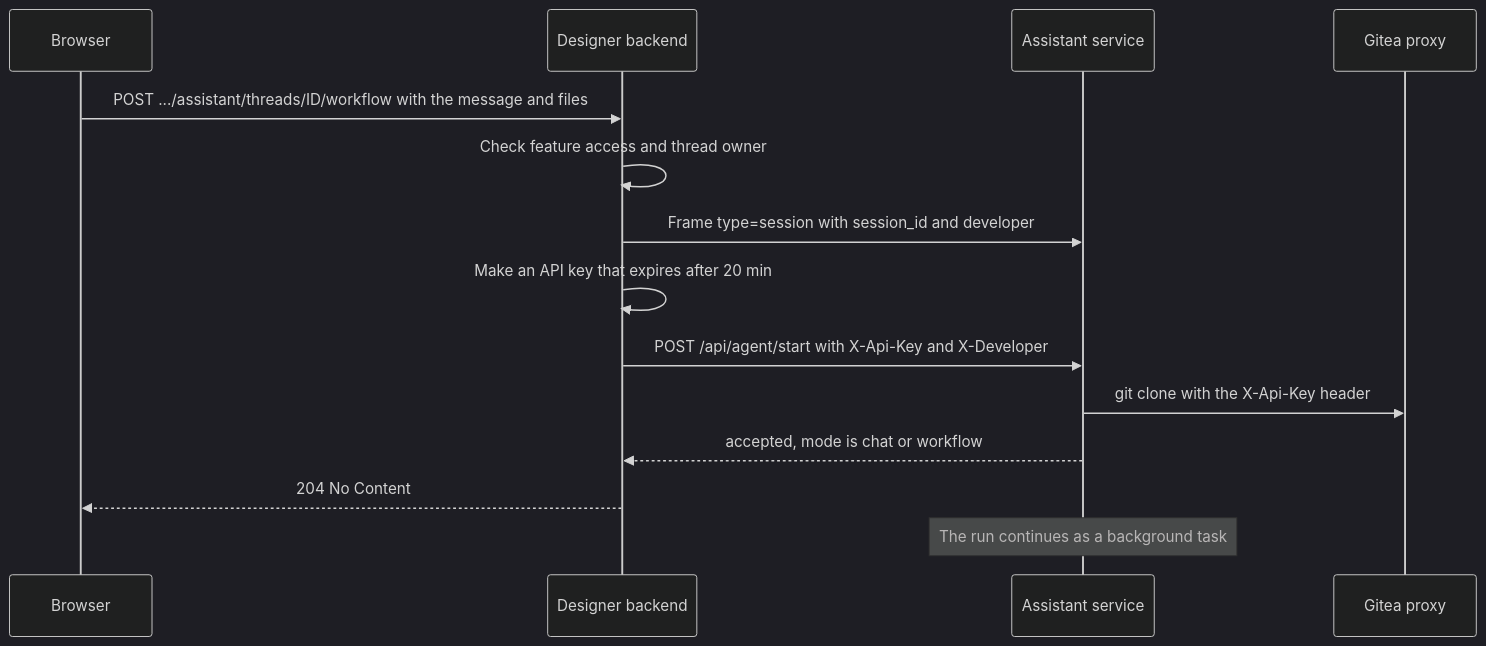
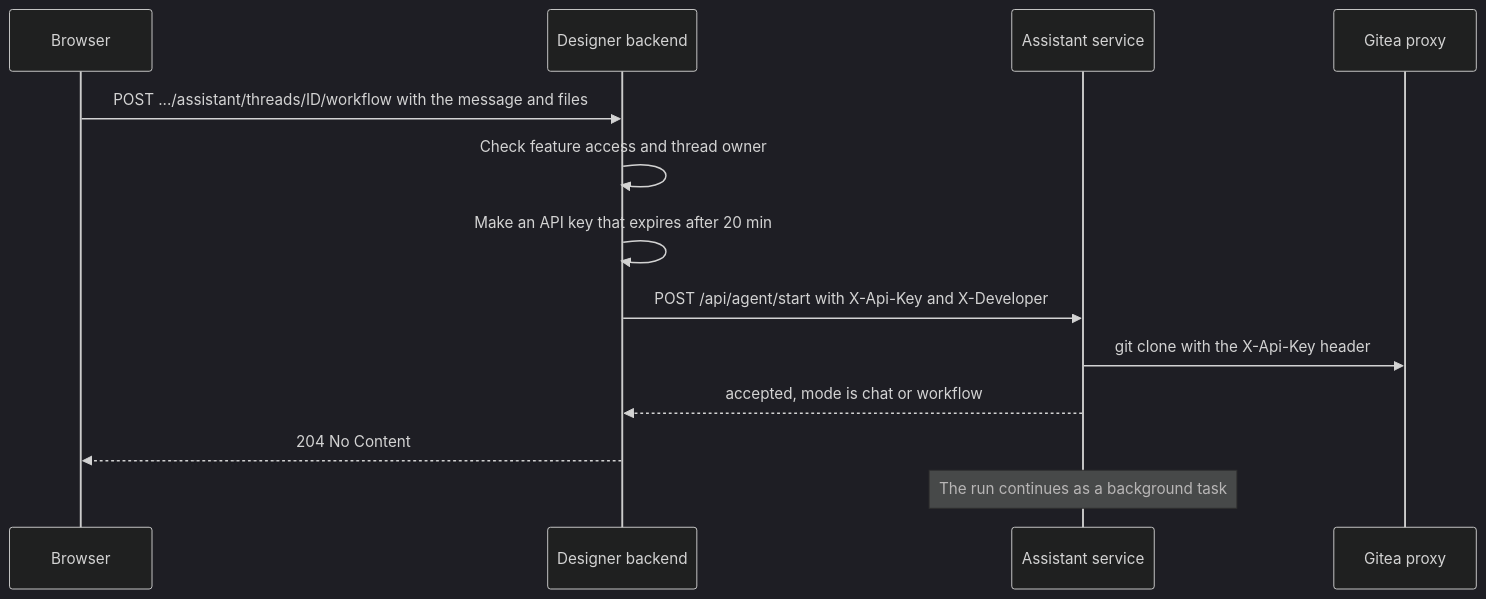
One commit to Altinn/altinn-studio changed the fourth of 9 diagrams in src/AI/assistant/docs/2-system-context.md. Above: the diagram before and after it, drawn with Mermaid (dark theme). The commit also changed other lines of this file and 9 other files, not shown here.

````diff
--- a/src/AI/assistant/docs/2-system-context.md
+++ b/src/AI/assistant/docs/2-system-context.md
@@ -61,16 +64,15 @@
 ```mermaid
 sequenceDiagram
   participant B as Browser
   participant D as Designer backend
   participant A as Assistant service
   participant G as Gitea proxy
   B->>D: POST .../assistant/threads/ID/workflow with the message and files
   D->>D: Check feature access and thread owner
-  D->>A: Frame type=session with session_id and developer
   D->>D: Make an API key that expires after 20 min
   D->>A: POST /api/agent/start with X-Api-Key and X-Developer
   A->>G: git clone with the X-Api-Key header
   A-->>D: accepted, mode is chat or workflow
   D-->>B: 204 No Content
   Note over A: The run continues as a background task
 ```
````
